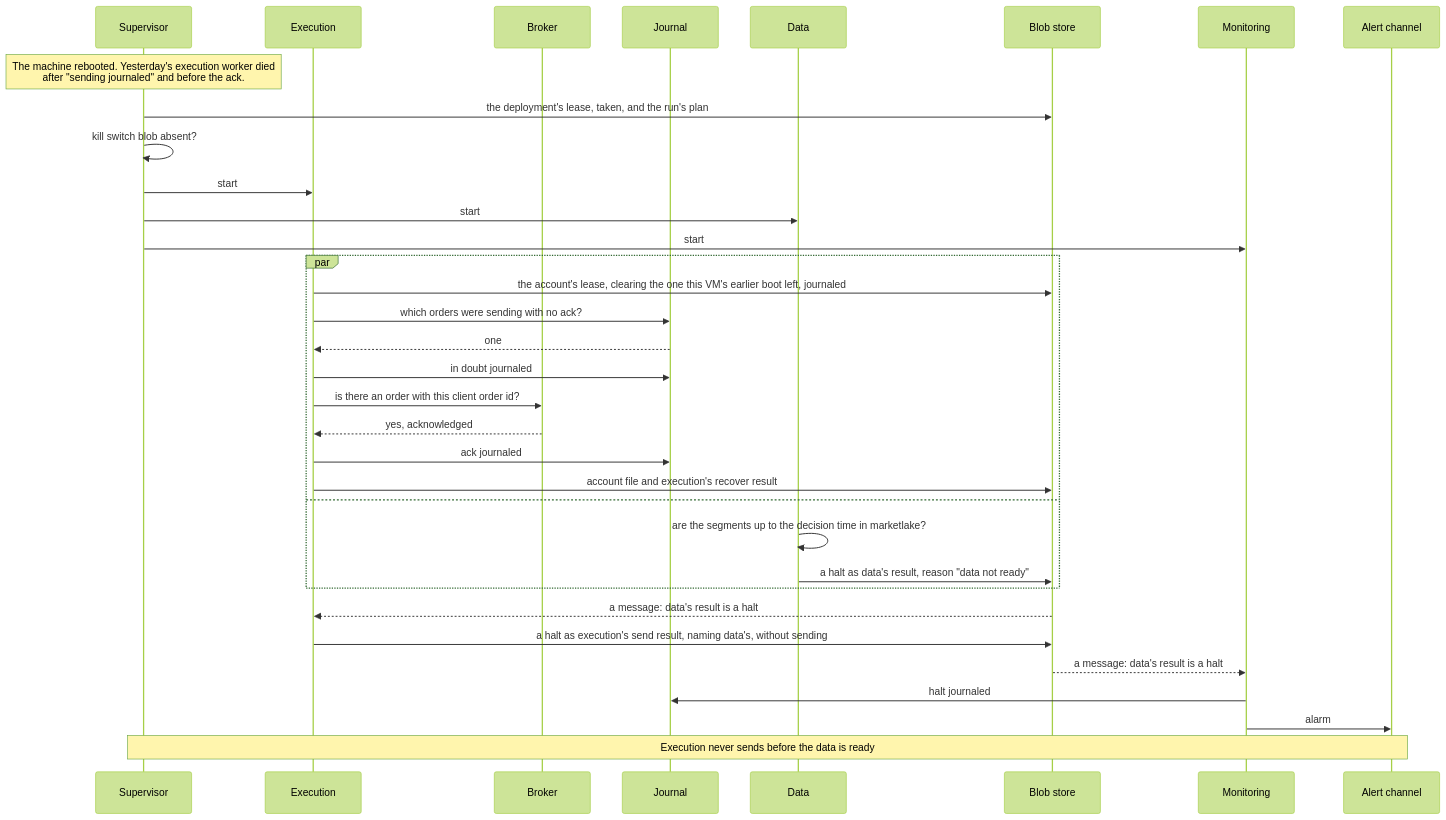
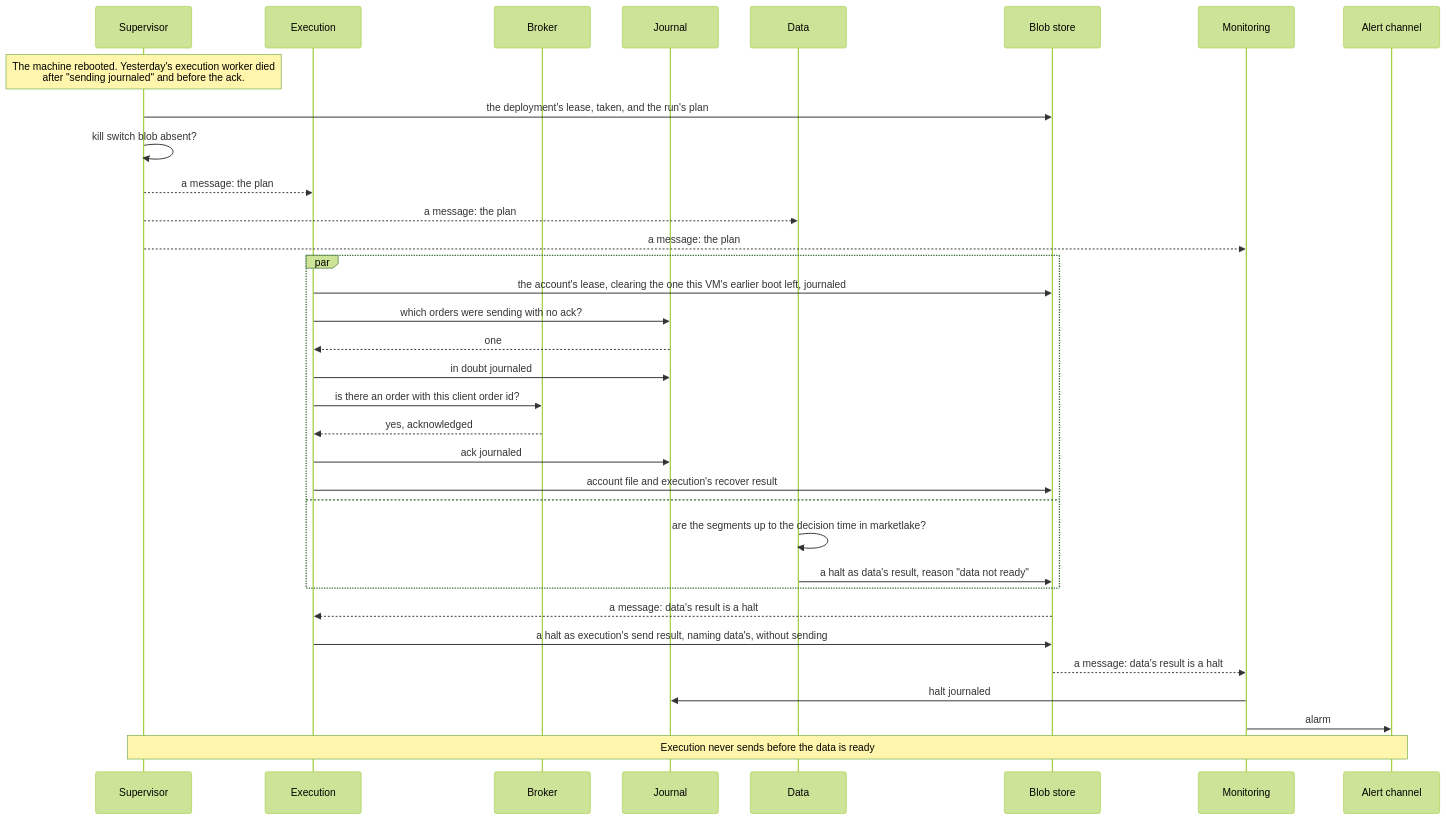
The sixth of 16 diagrams in docs/architecture.md (l3a0/ithildin-runtime), drawn with Mermaid (forest theme) before and after one commit. The commit also changed other lines of this file and 1 other file, not shown here.

````diff
--- a/docs/architecture.md
+++ b/docs/architecture.md
@@ -708,37 +710,37 @@
 ```mermaid
 sequenceDiagram
     participant V as Supervisor
     participant X as Execution
     participant B as Broker
     participant J as Journal
     participant D as Data
     participant F as Blob store
     participant M as Monitoring
     participant L as Alert channel
 
     Note over V: The machine rebooted. Yesterday's execution worker died<br/>after "sending journaled" and before the ack.
     V->>F: the deployment's lease, taken, and the run's plan
     V->>V: kill switch blob absent?
-    V->>X: start
-    V->>D: start
-    V->>M: start
+    V-->>X: a message: the plan
+    V-->>D: a message: the plan
+    V-->>M: a message: the plan
     par
         X->>F: the account's lease, clearing the one this VM's earlier boot left, journaled
         X->>J: which orders were sending with no ack?
         J-->>X: one
         X->>J: in doubt journaled
         X->>B: is there an order with this client order id?
         B-->>X: yes, acknowledged
         X->>J: ack journaled
         X->>F: account file and execution's recover result
     and
         D->>D: are the segments up to the decision time in marketlake?
         D->>F: a halt as data's result, reason "data not ready"
     end
     F-->>X: a message: data's result is a halt
     X->>F: a halt as execution's send result, naming data's, without sending
     F-->>M: a message: data's result is a halt
     M->>J: halt journaled
     M->>L: alarm
     Note over V,L: Execution never sends before the data is ready
 ```
````
